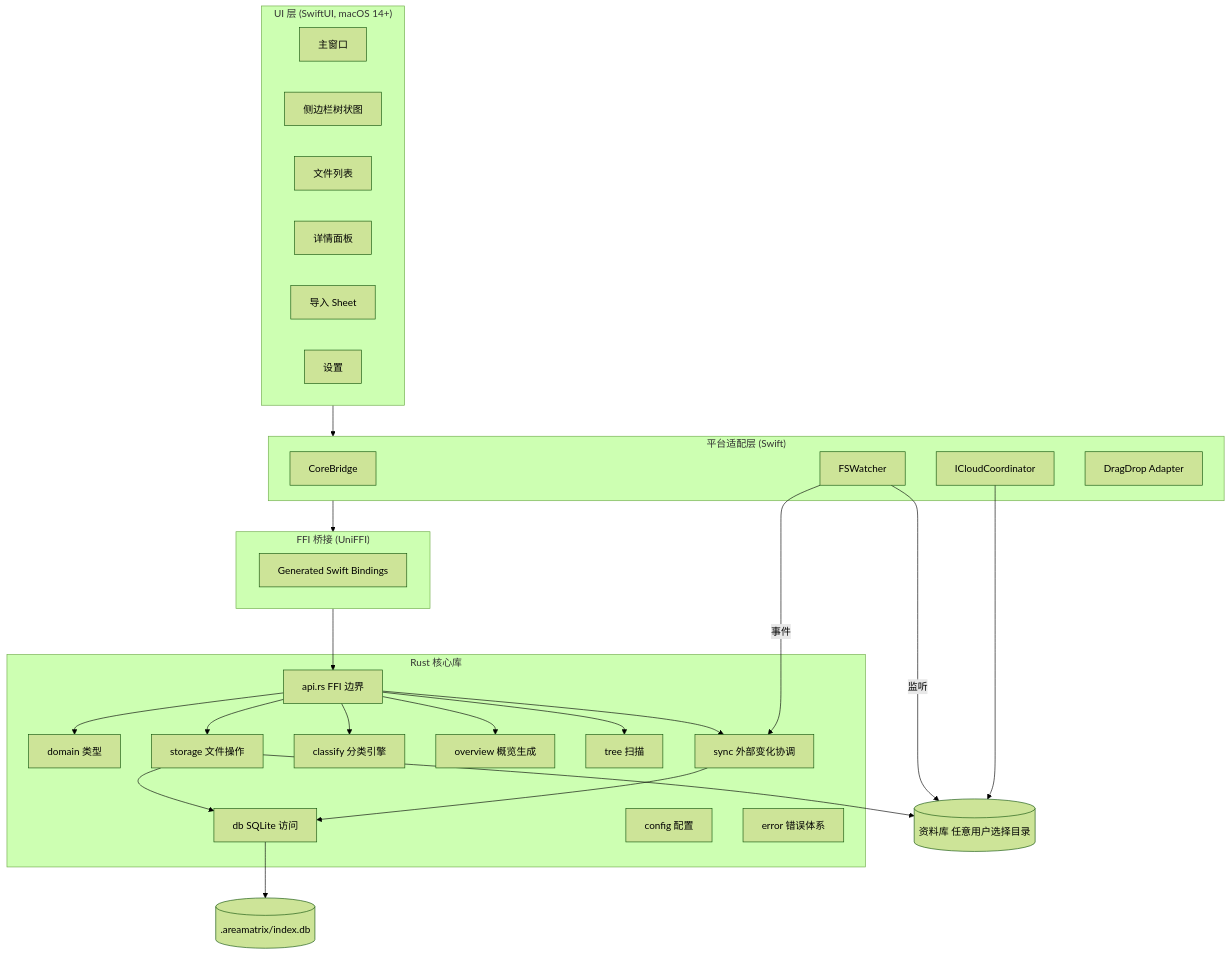
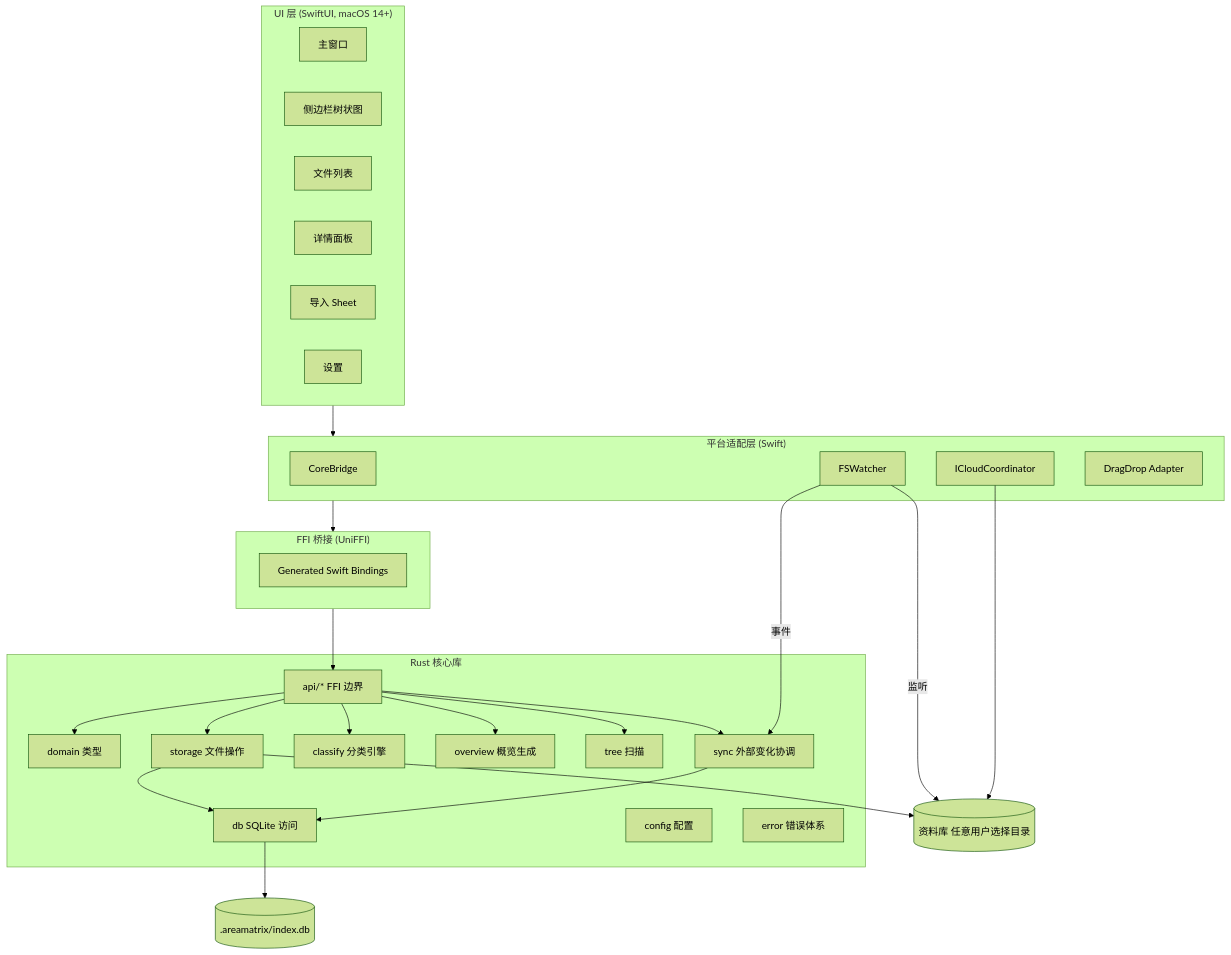
Before and after one commit to AreaSong/AreaMatrix: the first of 3 diagrams in docs/architecture/overview.md, drawn with Mermaid (forest theme). The commit also changed other lines of this file and 143 other files, not shown here.

````diff
--- a/docs/architecture/overview.md
+++ b/docs/architecture/overview.md
@@ -21,55 +21,55 @@
 ```mermaid
 flowchart TB
     subgraph UILayer ["UI 层 (SwiftUI, macOS 14+)"]
         Window[主窗口]
         Sidebar[侧边栏树状图]
         Table[文件列表]
         Detail[详情面板]
         Sheet[导入 Sheet]
         Settings[设置]
     end
 
     subgraph PlatformLayer ["平台适配层 (Swift)"]
         Bridge[CoreBridge]
         Watcher[FSWatcher]
         Coord[ICloudCoordinator]
         DragDrop[DragDrop Adapter]
     end
 
     subgraph FFILayer ["FFI 桥接 (UniFFI)"]
         Bindings[Generated Swift Bindings]
     end
 
     subgraph CoreLib ["Rust 核心库"]
-        API[api.rs FFI 边界]
+        API[api/* FFI 边界]
         Domain[domain 类型]
         Storage[storage 文件操作]
         Classify[classify 分类引擎]
         Overview[overview 概览生成]
         Tree[tree 扫描]
         Sync[sync 外部变化协调]
         DB[db SQLite 访问]
         Config[config 配置]
         Errors[error 错误体系]
     end
 
     Repo[("资料库 任意用户选择目录")]
     SQLite[(.areamatrix/index.db)]
 
     UILayer --> PlatformLayer
     PlatformLayer --> FFILayer
     FFILayer --> API
     API --> Domain
     API --> Storage
     API --> Classify
     API --> Overview
     API --> Tree
     API --> Sync
     Storage --> DB
     Storage --> Repo
     DB --> SQLite
     Watcher -->|监听| Repo
     Watcher -->|事件| Sync
     Sync --> DB
     Coord --> Repo
 ```
````
